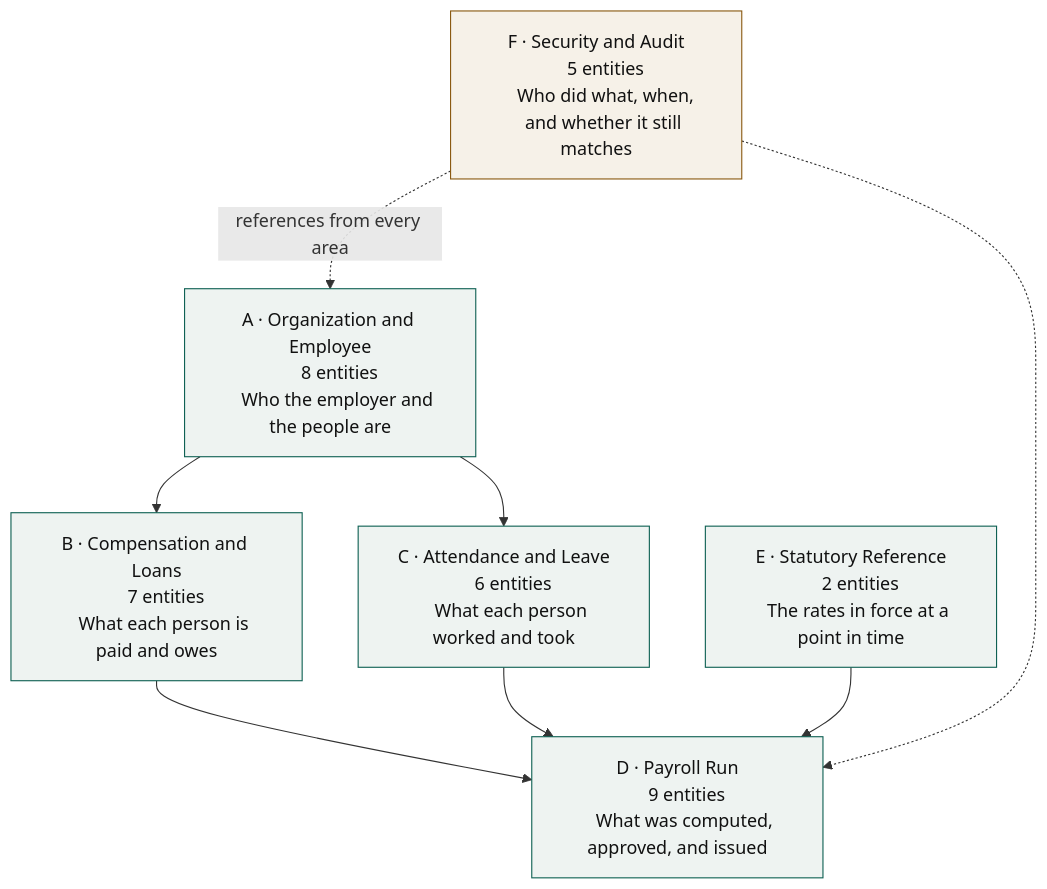
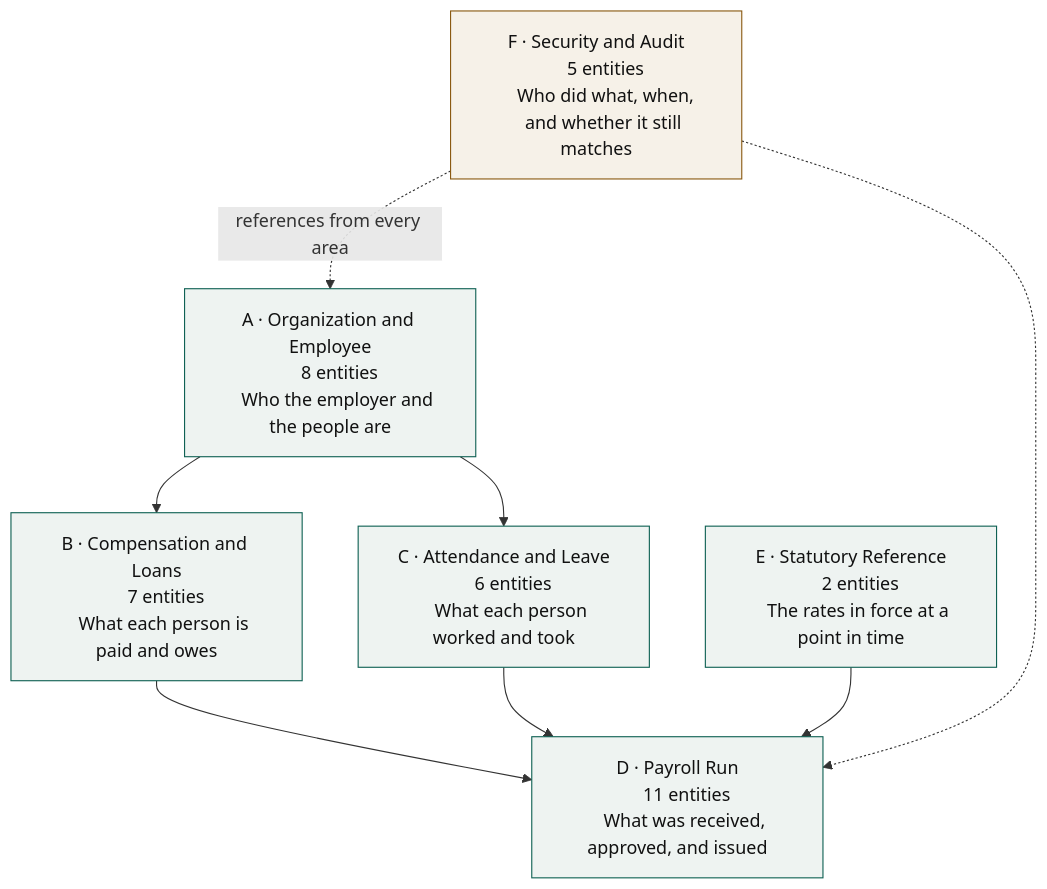
Before and after one commit to rjfat/municipal-payroll-system: the first of 8 diagrams in docs/data-model.md, drawn with Mermaid. The commit also changed other lines of this file and 9 other files, not shown here.

````diff
--- a/docs/data-model.md
+++ b/docs/data-model.md
@@ -84,35 +89,35 @@
 ```mermaid
 flowchart TB
     A["A · Organization and Employee
     8 entities
     Who the employer and the people are"]
     B["B · Compensation and Loans
     7 entities
     What each person is paid and owes"]
     C["C · Attendance and Leave
     6 entities
     What each person worked and took"]
     D["D · Payroll Run
-    9 entities
-    What was computed, approved, and issued"]
+    11 entities
+    What was received, approved, and issued"]
     E["E · Statutory Reference
     2 entities
     The rates in force at a point in time"]
     F["F · Security and Audit
     5 entities
     Who did what, when,
     and whether it still matches"]
 
     A --> B
     A --> C
     B --> D
     C --> D
     E --> D
     F -.->|"references from every area"| A
     F -.-> D
 
     classDef area fill:#eef3f1,stroke:#0F6154,stroke-width:1px,color:#111;
     classDef sec fill:#f6f1e8,stroke:#8A5A12,stroke-width:1px,color:#111;
     class A,B,C,D,E area;
     class F sec;
 ```
````
